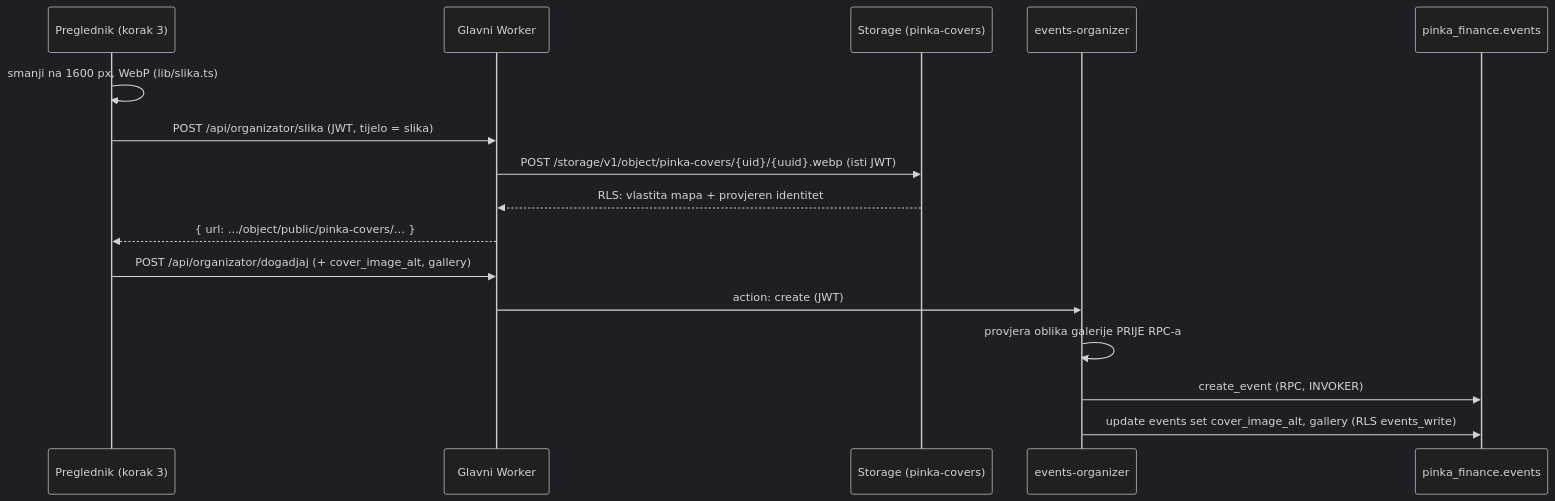
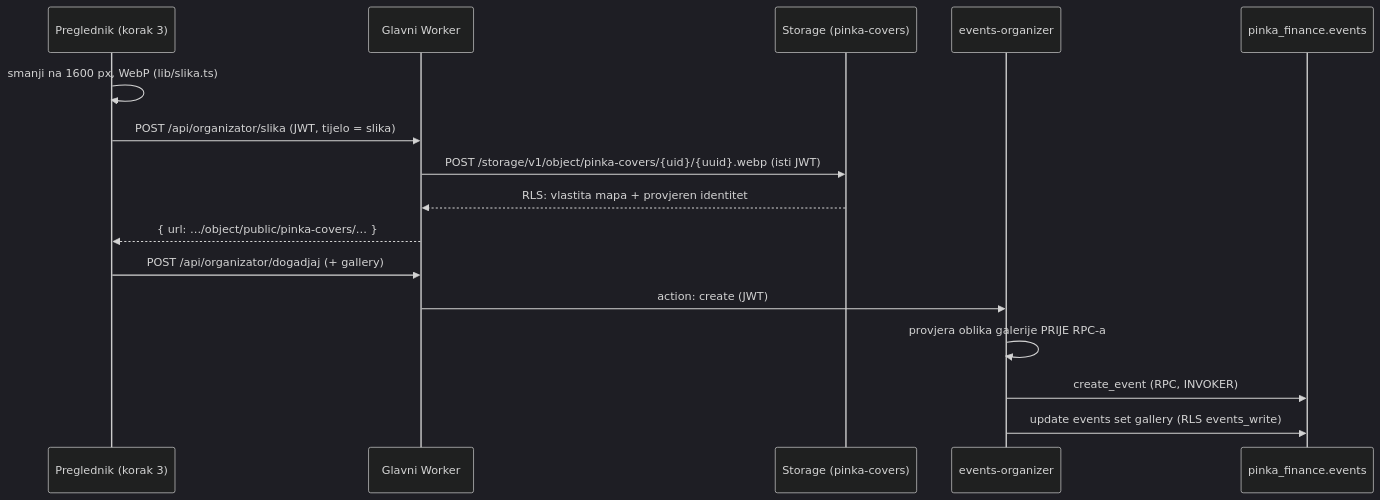
Before and after one commit to IStep95/domovina-ulaznice: the diagram in docs/2026-11-24-upload-slika-i-galerija.md, drawn with Mermaid (dark theme). The commit also changed other lines of this file and 11 other files, not shown here.

````diff
--- a/docs/2026-11-24-upload-slika-i-galerija.md
+++ b/docs/2026-11-24-upload-slika-i-galerija.md
@@ -9,18 +9,18 @@
 ```mermaid
 sequenceDiagram
   participant B as Preglednik (korak 3)
   participant W as Glavni Worker
   participant S as Storage (pinka-covers)
   participant F as events-organizer
   participant DB as pinka_finance.events
   B->>B: smanji na 1600 px, WebP (lib/slika.ts)
   B->>W: POST /api/organizator/slika (JWT, tijelo = slika)
   W->>S: POST /storage/v1/object/pinka-covers/{uid}/{uuid}.webp (isti JWT)
   S-->>W: RLS: vlastita mapa + provjeren identitet
   W-->>B: { url: …/object/public/pinka-covers/… }
-  B->>W: POST /api/organizator/dogadjaj (+ cover_image_alt, gallery)
+  B->>W: POST /api/organizator/dogadjaj (+ gallery)
   W->>F: action: create (JWT)
   F->>F: provjera oblika galerije PRIJE RPC-a
   F->>DB: create_event (RPC, INVOKER)
-  F->>DB: update events set cover_image_alt, gallery (RLS events_write)
+  F->>DB: update events set gallery (RLS events_write)
 ```
````
